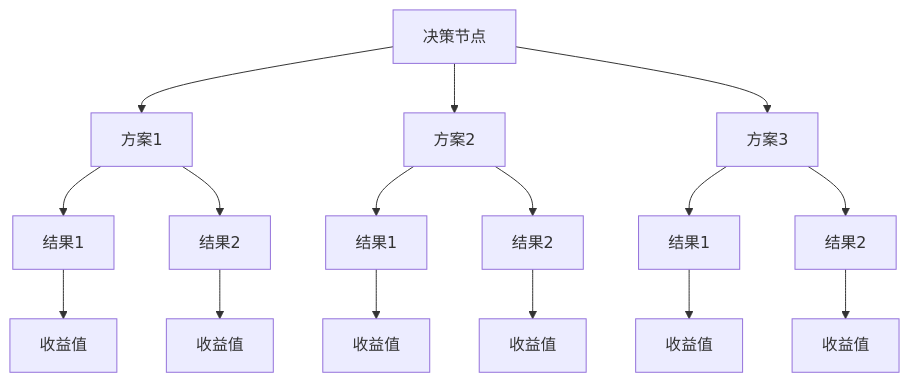
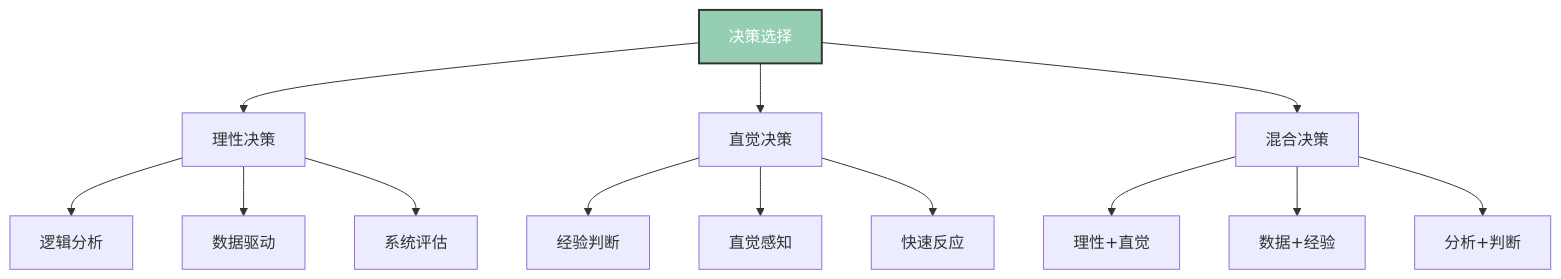
One commit to Anping2017/obsidian changed the fifth of 8 diagrams in 企业领导力/03-能力构建层/核心领导能力/02-决策能力.md. Above: the diagram before and after it, drawn with Mermaid. The commit also changed other lines of this file and 28 other files, not shown here.

````diff
--- a/企业领导力/03-能力构建层/核心领导能力/02-决策能力.md
+++ b/企业领导力/03-能力构建层/核心领导能力/02-决策能力.md
@@ -85,22 +190,20 @@
 ```mermaid
 graph TD
-    A[决策节点] --> B[方案1]
-    A --> C[方案2]
-    A --> D[方案3]
+    A[决策选择] --> B[理性决策]
+    A --> C[直觉决策]
+    A --> D[混合决策]
     
-    B --> B1[结果1]
-    B --> B2[结果2]
+    B --> B1[逻辑分析]
+    B --> B2[数据驱动]
+    B --> B3[系统评估]
     
-    C --> C1[结果1]
-    C --> C2[结果2]
+    C --> C1[经验判断]
+    C --> C2[直觉感知]
+    C --> C3[快速反应]
     
-    D --> D1[结果1]
-    D --> D2[结果2]
+    D --> D1[理性+直觉]
+    D --> D2[数据+经验]
+    D --> D3[分析+判断]
     
-    B1 --> E1[收益值]
-    B2 --> E2[收益值]
-    C1 --> E3[收益值]
-    C2 --> E4[收益值]
-    D1 --> E5[收益值]
-    D2 --> E6[收益值]
+    style A fill:#96ceb4,stroke:#333,stroke-width:2px,color:#fff
 ```
````
